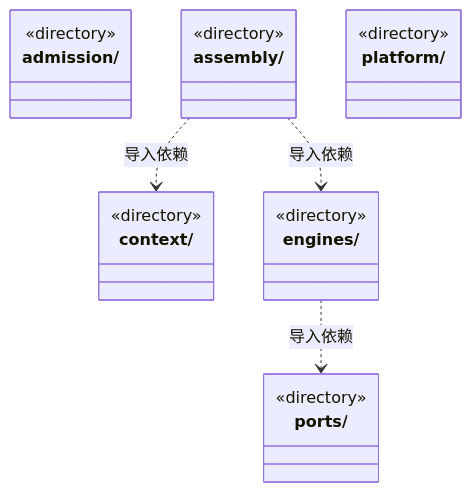
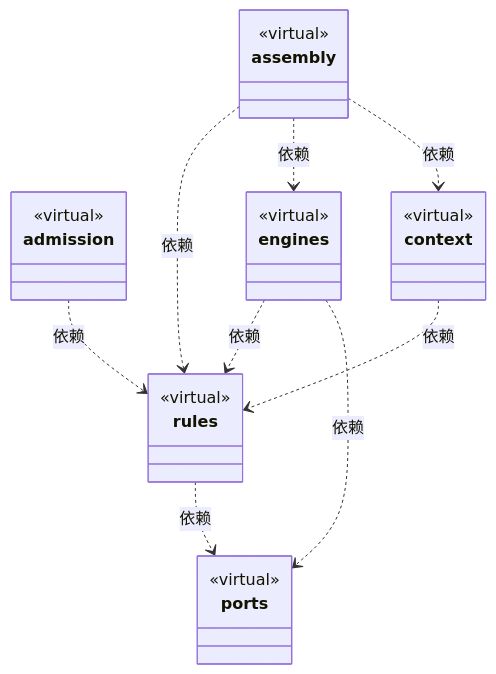
The first of 2 diagrams in src/logic/execution/ARCHITECTURE.md (nan023062/cbim), drawn with Mermaid before and after one commit. The commit also changed other lines of this file and 158 other files, not shown here.

Commit message:
docs: model architecture through nested virtual encapsulations

````diff
--- a/src/logic/execution/ARCHITECTURE.md
+++ b/src/logic/execution/ARCHITECTURE.md
@@ -35,24 +19,35 @@
 ```mermaid
 classDiagram
-class N_src_logic_execution_admission["admission/"] {
-  <<directory>>
+class N_07b2628b12c6["rules"] {
+  <<virtual>>
 }
-class N_src_logic_execution_assembly["assembly/"] {
-  <<directory>>
+click N_07b2628b12c6 href "rules/ARCHITECTURE.md"
+class N_81feb6a0cfcb["admission"] {
+  <<virtual>>
 }
-class N_src_logic_execution_context["context/"] {
-  <<directory>>
+click N_81feb6a0cfcb href "admission/ARCHITECTURE.md"
+class N_e1602ca581a3["assembly"] {
+  <<virtual>>
 }
-class N_src_logic_execution_engines["engines/"] {
-  <<directory>>
+click N_e1602ca581a3 href "assembly/ARCHITECTURE.md"
+class N_a69c80a0edec["context"] {
+  <<virtual>>
 }
-class N_src_logic_execution_platform["platform/"] {
-  <<directory>>
+click N_a69c80a0edec href "context/ARCHITECTURE.md"
+class N_cbe164a75aa0["engines"] {
+  <<virtual>>
 }
-class N_src_logic_execution_ports["ports/"] {
-  <<directory>>
+click N_cbe164a75aa0 href "engines/ARCHITECTURE.md"
+class N_6cef01312f2a["ports"] {
+  <<virtual>>
 }
-N_src_logic_execution_assembly ..> N_src_logic_execution_engines : 导入依赖
-N_src_logic_execution_assembly ..> N_src_logic_execution_context : 导入依赖
-N_src_logic_execution_engines ..> N_src_logic_execution_ports : 导入依赖
+click N_6cef01312f2a href "ports/ARCHITECTURE.md"
+N_81feb6a0cfcb ..> N_07b2628b12c6 : 依赖
+N_e1602ca581a3 ..> N_a69c80a0edec : 依赖
+N_e1602ca581a3 ..> N_cbe164a75aa0 : 依赖
+N_e1602ca581a3 ..> N_07b2628b12c6 : 依赖
+N_a69c80a0edec ..> N_07b2628b12c6 : 依赖
+N_cbe164a75aa0 ..> N_6cef01312f2a : 依赖
+N_cbe164a75aa0 ..> N_07b2628b12c6 : 依赖
+N_07b2628b12c6 ..> N_6cef01312f2a : 依赖
 ```
````
